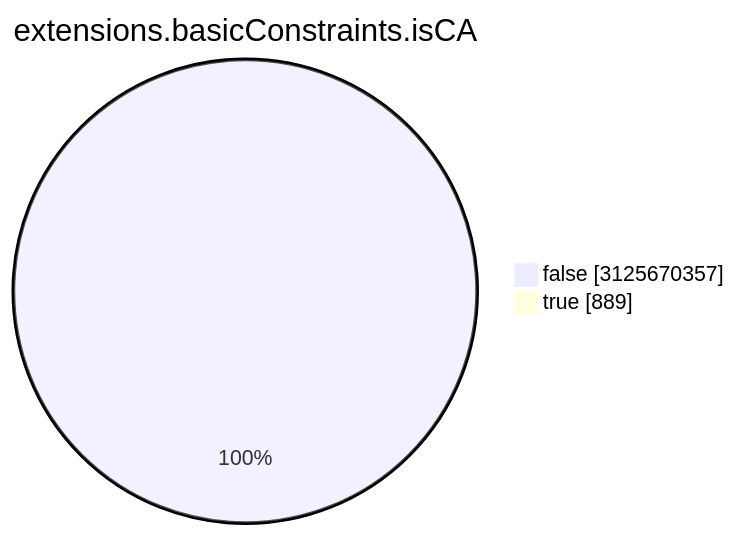
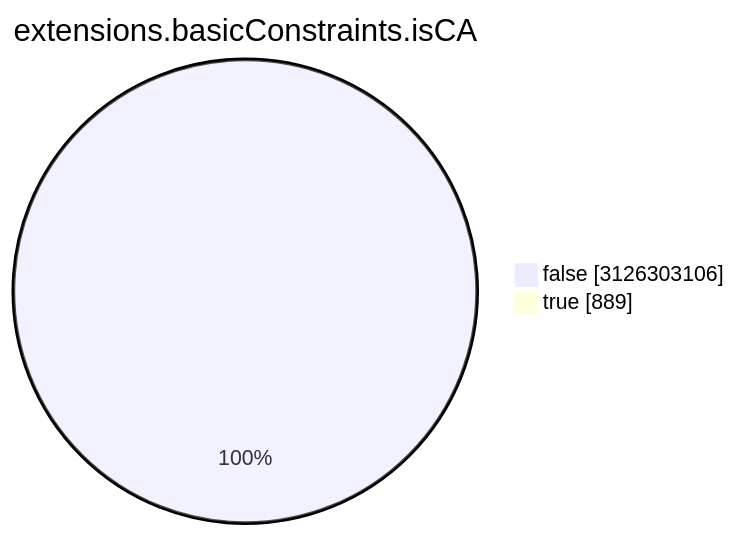
Before and after one commit to christiankrug/ctmonitor_visualization: the seventh of 15 diagrams in TOTAL/README.md, drawn with Mermaid. The commit also changed other lines of this file, not shown here.

````diff
--- a/TOTAL/README.md
+++ b/TOTAL/README.md
@@ -3088,6 +3088,6 @@
 ```mermaid
 pie showData
 title extensions.basicConstraints.isCA
-"false" :3125670357
+"false" :3126303106
 "true" :889
 ```
````
